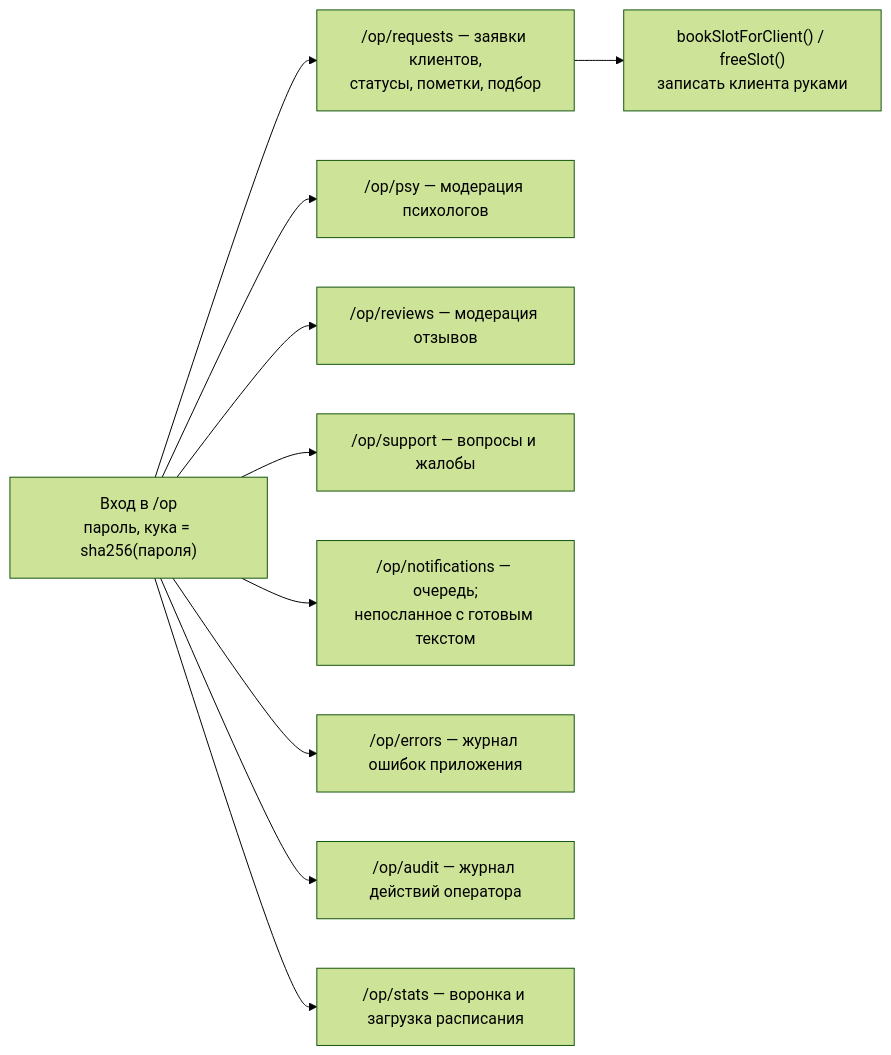
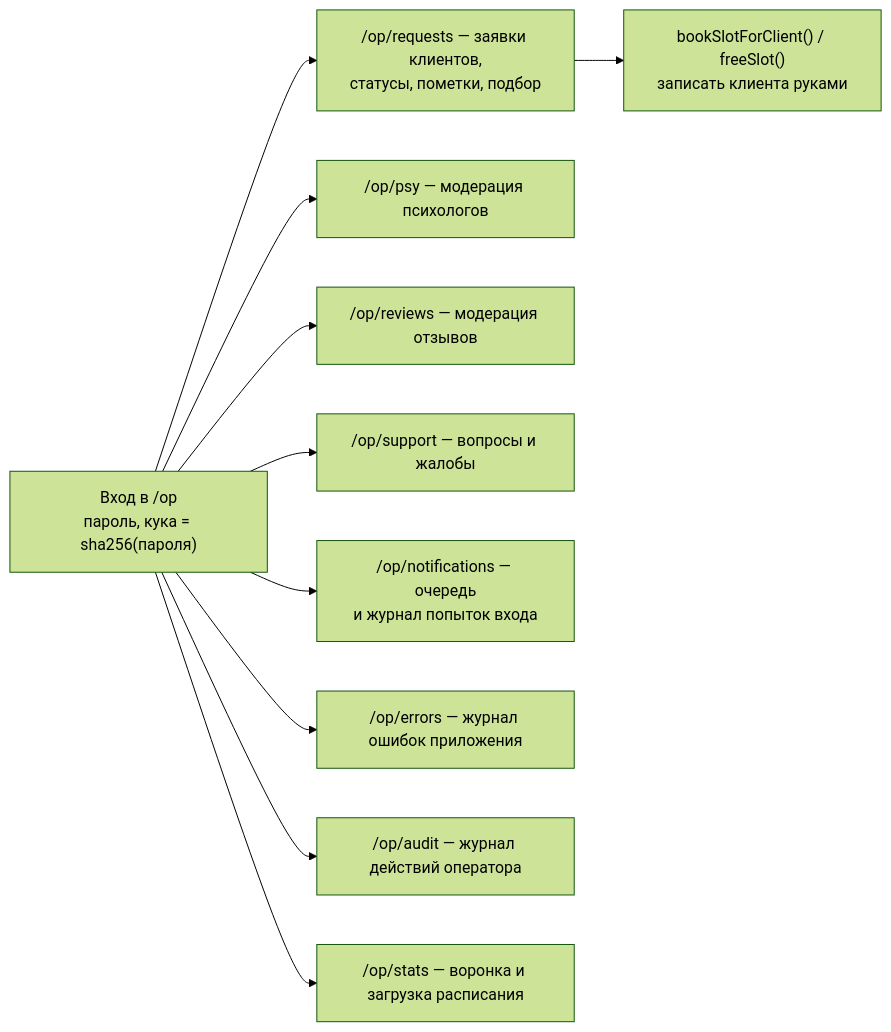
The fourth of 5 diagrams in docs/spec/flow.md (goosen-x/mipsy), drawn with Mermaid (forest theme) before and after one commit. The commit also changed other lines of this file and 10 other files, not shown here.

First line of the commit message:
feat: журнал попыток входа — видно, почему код не пришёл

````diff
--- a/docs/spec/flow.md
+++ b/docs/spec/flow.md
@@ -80,12 +80,12 @@
 ```mermaid
 flowchart LR
   IN["Вход в /op<br/>пароль, кука = sha256(пароля)"] --> R["/op/requests — заявки клиентов,<br/>статусы, пометки, подбор"]
   IN --> PSY["/op/psy — модерация психологов"]
   IN --> RVW["/op/reviews — модерация отзывов"]
   IN --> SUP["/op/support — вопросы и жалобы"]
-  IN --> NTF["/op/notifications — очередь;<br/>непосланное с готовым текстом"]
+  IN --> NTF["/op/notifications — очередь<br/>и журнал попыток входа"]
   IN --> ERR["/op/errors — журнал ошибок приложения"]
   IN --> AUD["/op/audit — журнал действий оператора"]
   IN --> ST["/op/stats — воронка и загрузка расписания"]
   R --> BSC["bookSlotForClient() / freeSlot()<br/>записать клиента руками"]
 ```
````
